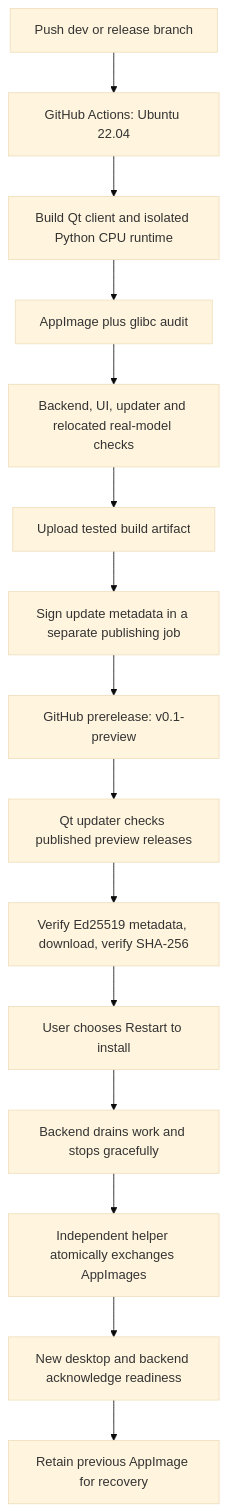
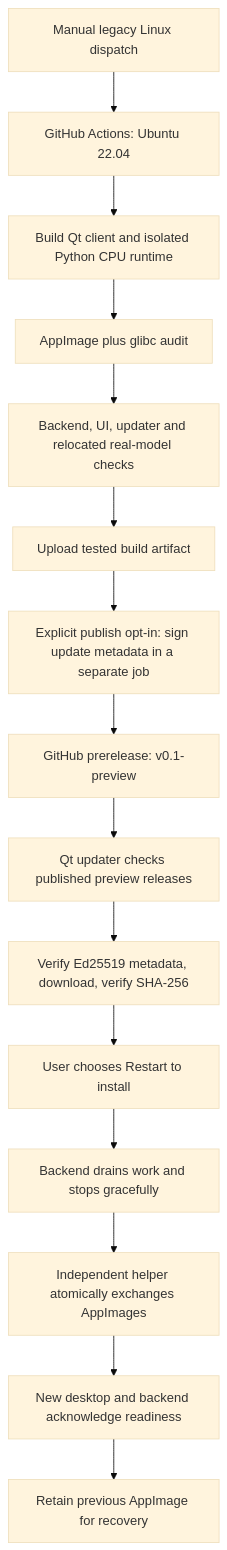
The diagram in docs/development/RELEASE_PIPELINE.md (Ronit9320/magnite_llm), drawn with Mermaid (base theme) before and after one commit. The commit also changed other lines of this file and 8 other files, not shown here.

````diff
--- a/docs/development/RELEASE_PIPELINE.md
+++ b/docs/development/RELEASE_PIPELINE.md
@@ -36,17 +34,17 @@
 ```mermaid
 flowchart TD
-    A[Push dev or release branch] --> B[GitHub Actions: Ubuntu 22.04]
+    A[Manual legacy Linux dispatch] --> B[GitHub Actions: Ubuntu 22.04]
     B --> C[Build Qt client and isolated Python CPU runtime]
     C --> D[AppImage plus glibc audit]
     D --> E[Backend, UI, updater and relocated real-model checks]
     E --> F[Upload tested build artifact]
-    F --> G[Sign update metadata in a separate publishing job]
+    F --> G[Explicit publish opt-in: sign update metadata in a separate job]
     G --> H[GitHub prerelease: v0.1-preview]
     H --> I[Qt updater checks published preview releases]
     I --> J[Verify Ed25519 metadata, download, verify SHA-256]
     J --> K[User chooses Restart to install]
     K --> L[Backend drains work and stops gracefully]
     L --> M[Independent helper atomically exchanges AppImages]
     M --> N[New desktop and backend acknowledge readiness]
     N --> O[Retain previous AppImage for recovery]
 ```
````
